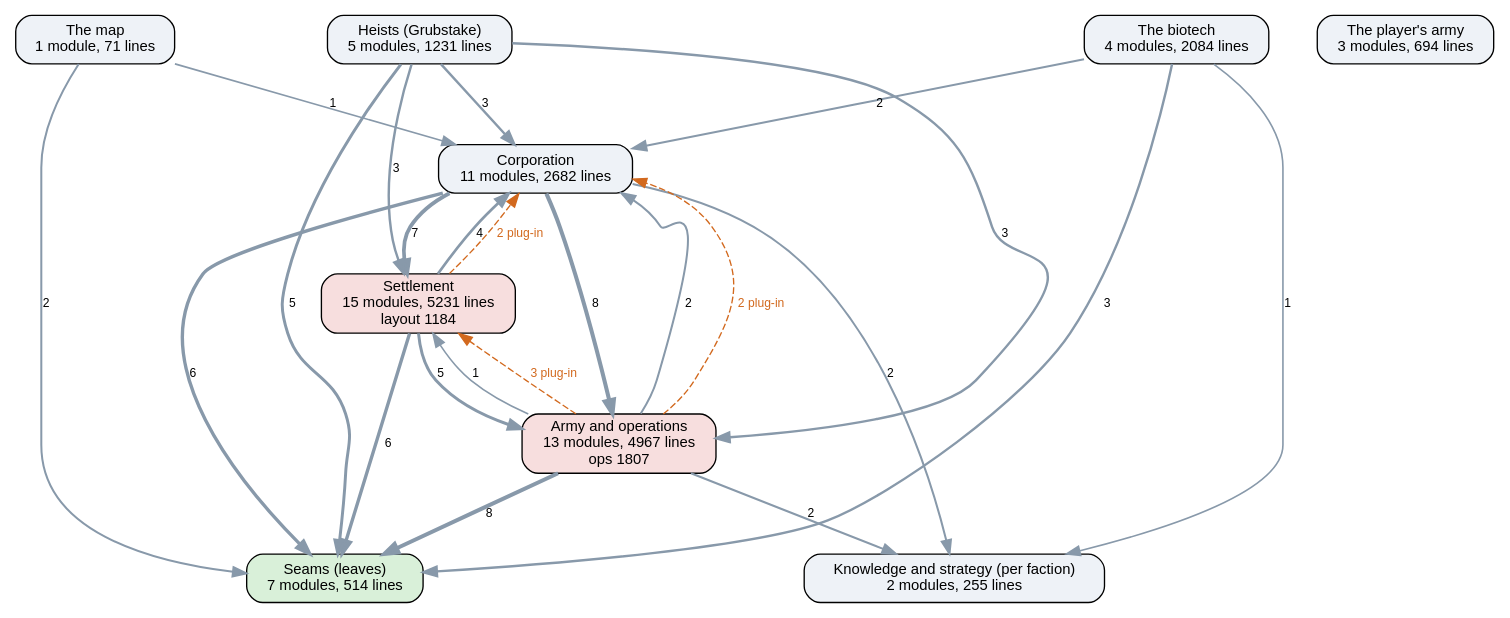
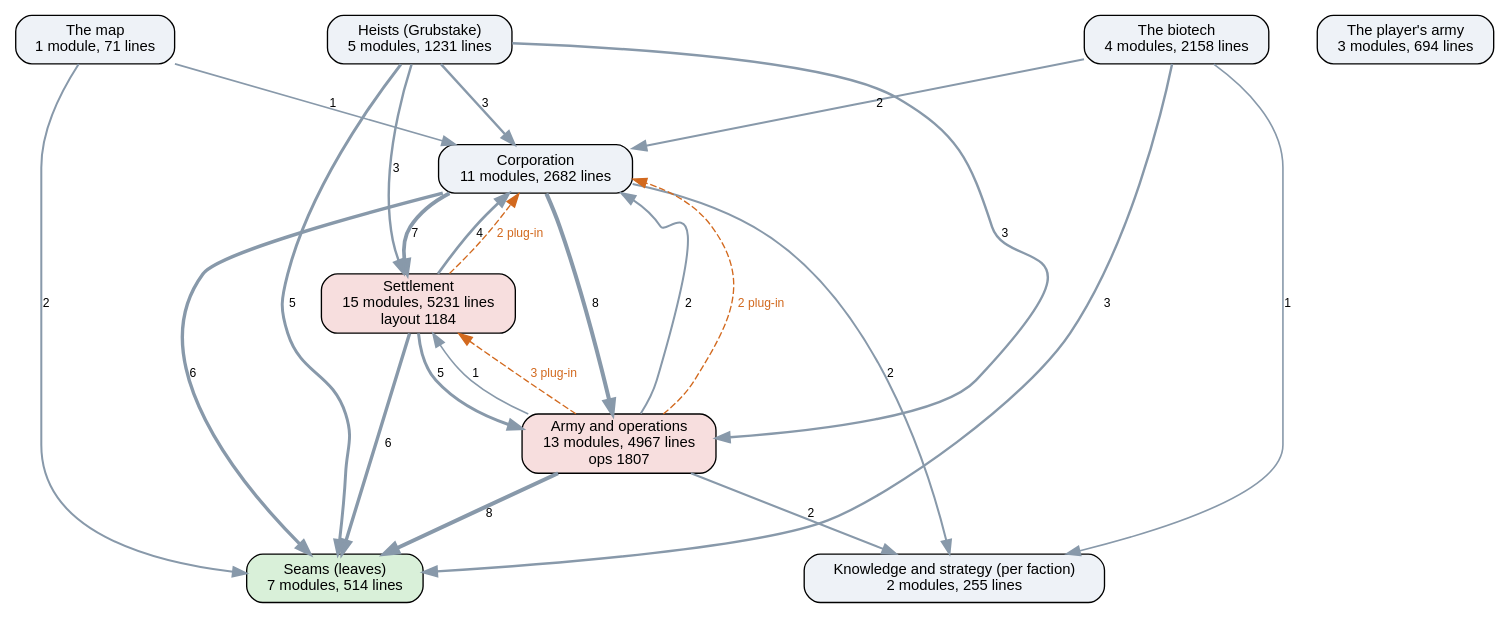
Before and after one commit to kinelhu/landing-party: the diagram in docs/ai-layers.dot, drawn with Graphviz. The commit also changed 10 other files, not shown here.

```diff
--- a/docs/ai-layers.dot
+++ b/docs/ai-layers.dot
@@ -1,37 +1,37 @@
 digraph layers {
   graph [rankdir=TB, fontname="Helvetica", nodesep=0.5, ranksep=0.7];
   node [shape=box, style="rounded,filled", fontname="Helvetica", fontsize=11, fillcolor="#eef2f7"];
   edge [color="#8899aa", fontname="Helvetica", fontsize=9];
   "Seams (leaves)" [label="Seams (leaves)\n7 modules, 514 lines", fillcolor="#d9f0d9"];
   "Knowledge and strategy (per faction)" [label="Knowledge and strategy (per faction)\n2 modules, 255 lines", fillcolor="#eef2f7"];
   "Corporation" [label="Corporation\n11 modules, 2682 lines", fillcolor="#eef2f7"];
   "Settlement" [label="Settlement\n15 modules, 5231 lines\nlayout 1184", fillcolor="#f7dede"];
   "Army and operations" [label="Army and operations\n13 modules, 4967 lines\nops 1807", fillcolor="#f7dede"];
   "Heists (Grubstake)" [label="Heists (Grubstake)\n5 modules, 1231 lines", fillcolor="#eef2f7"];
-  "The biotech" [label="The biotech\n4 modules, 2084 lines", fillcolor="#eef2f7"];
+  "The biotech" [label="The biotech\n4 modules, 2158 lines", fillcolor="#eef2f7"];
   "The map" [label="The map\n1 module, 71 lines", fillcolor="#eef2f7"];
   "The player's army" [label="The player's army\n3 modules, 694 lines", fillcolor="#eef2f7"];
   "Army and operations" -> "Corporation" [label="2", penwidth=1.5];
   "Army and operations" -> "Knowledge and strategy (per faction)" [label="2", penwidth=1.5];
   "Army and operations" -> "Seams (leaves)" [label="8", penwidth=3.0];
   "Army and operations" -> "Settlement" [label="1", penwidth=1.2];
   "Corporation" -> "Army and operations" [label="8", penwidth=3.0];
   "Corporation" -> "Knowledge and strategy (per faction)" [label="2", penwidth=1.5];
   "Corporation" -> "Seams (leaves)" [label="6", penwidth=2.5];
   "Corporation" -> "Settlement" [label="7", penwidth=2.8];
   "Heists (Grubstake)" -> "Army and operations" [label="3", penwidth=1.8];
   "Heists (Grubstake)" -> "Corporation" [label="3", penwidth=1.8];
   "Heists (Grubstake)" -> "Seams (leaves)" [label="5", penwidth=2.2];
   "Heists (Grubstake)" -> "Settlement" [label="3", penwidth=1.8];
   "Settlement" -> "Army and operations" [label="5", penwidth=2.2];
   "Settlement" -> "Corporation" [label="4", penwidth=2.0];
   "Settlement" -> "Seams (leaves)" [label="6", penwidth=2.5];
   "The biotech" -> "Corporation" [label="2", penwidth=1.5];
   "The biotech" -> "Knowledge and strategy (per faction)" [label="1", penwidth=1.2];
   "The biotech" -> "Seams (leaves)" [label="3", penwidth=1.8];
   "The map" -> "Corporation" [label="1", penwidth=1.2];
   "The map" -> "Seams (leaves)" [label="2", penwidth=1.5];
   "Army and operations" -> "Corporation" [style=dashed, color="#d2691e", fontcolor="#d2691e", label="2 plug-in"];
   "Army and operations" -> "Settlement" [style=dashed, color="#d2691e", fontcolor="#d2691e", label="3 plug-in"];
   "Settlement" -> "Corporation" [style=dashed, color="#d2691e", fontcolor="#d2691e", label="2 plug-in"];
 }
```
